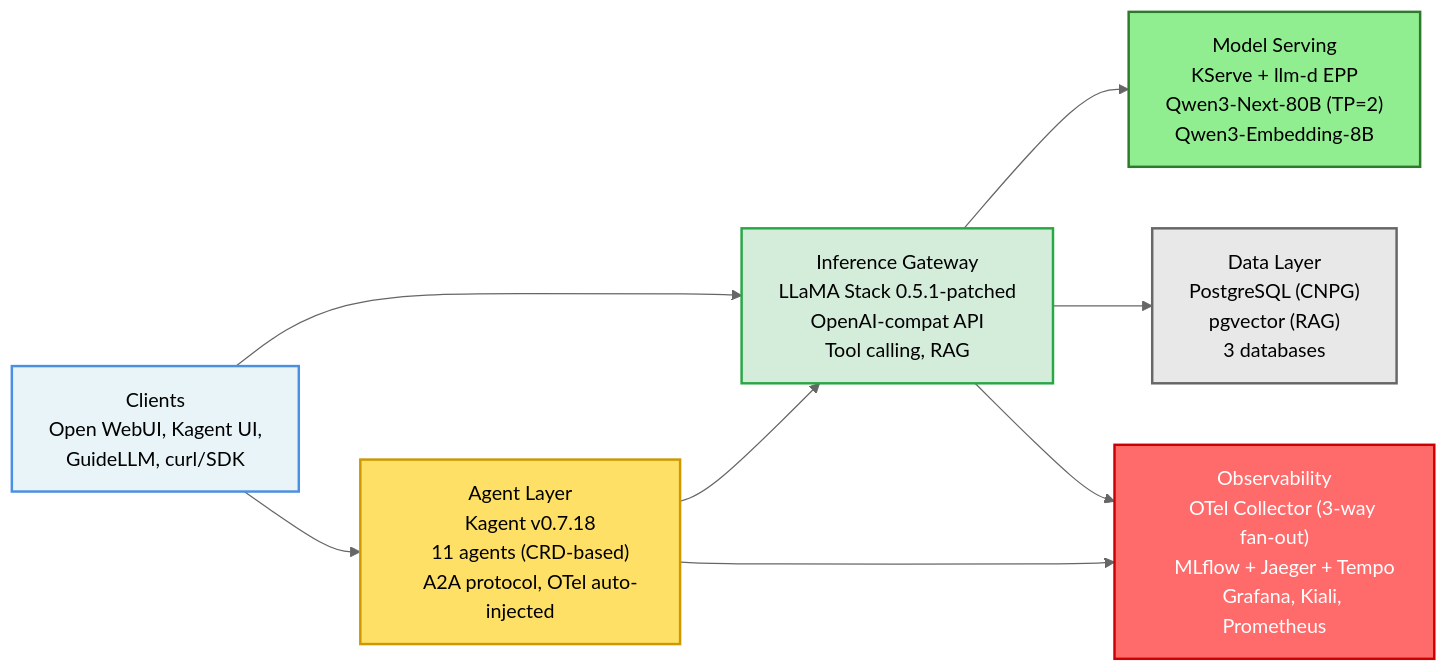
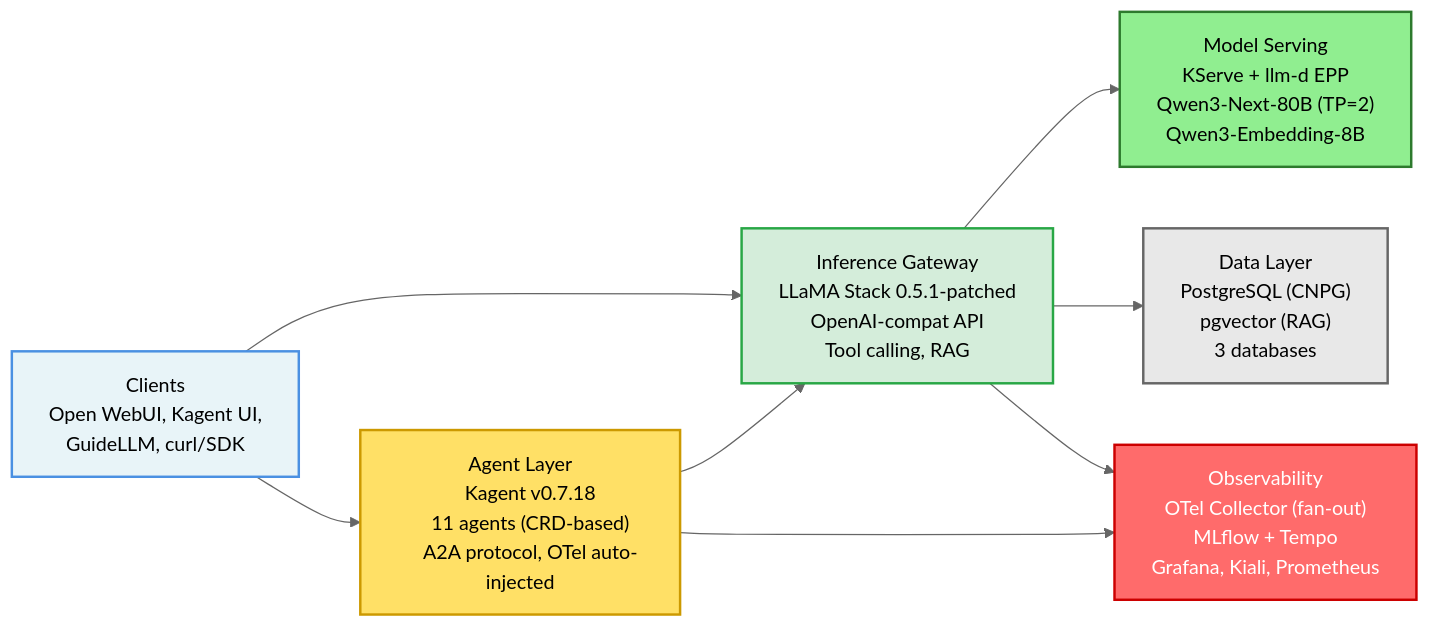
One commit to aicatalyst-team/catalyst-lab changed the diagram in ARCHITECTURE.md. Above: the diagram before and after it, drawn with Mermaid (neutral theme). The commit also changed other lines of this file and 4 other files, not shown here.

First line of the commit message:
Update documentation to reflect Tempo-based architecture (#21)

````diff
--- a/ARCHITECTURE.md
+++ b/ARCHITECTURE.md
@@ -9,46 +9,46 @@
 ```mermaid
 graph LR
     Clients["Clients
     Open WebUI, Kagent UI,
     GuideLLM, curl/SDK"]
 
     Agents["Agent Layer
     Kagent v0.7.18
     11 agents (CRD-based)
     A2A protocol, OTel auto-injected"]
 
     Gateway["Inference Gateway
     LLaMA Stack 0.5.1-patched
     OpenAI-compat API
     Tool calling, RAG"]
 
     Models["Model Serving
     KServe + llm-d EPP
     Qwen3-Next-80B (TP=2)
     Qwen3-Embedding-8B"]
 
     Data["Data Layer
     PostgreSQL (CNPG)
     pgvector (RAG)
     3 databases"]
 
     Observability["Observability
-    OTel Collector (3-way fan-out)
-    MLflow + Jaeger + Tempo
+    OTel Collector (fan-out)
+    MLflow + Tempo
     Grafana, Kiali, Prometheus"]
 
     Clients --> Agents
     Clients --> Gateway
     Agents --> Gateway
     Gateway --> Models
     Gateway --> Data
     Gateway --> Observability
     Agents --> Observability
 
     style Clients fill:#E8F4F8,stroke:#4A90E2,stroke-width:2px
     style Agents fill:#FFE066,stroke:#CC9900,stroke-width:2px
     style Gateway fill:#d4edda,stroke:#28a745,stroke-width:2px
     style Models fill:#90EE90,stroke:#2D7A2D,stroke-width:2px
     style Data fill:#E8E8E8,stroke:#666,stroke-width:2px
     style Observability fill:#FF6B6B,stroke:#CC0000,stroke-width:2px,color:#fff
 ```
````
